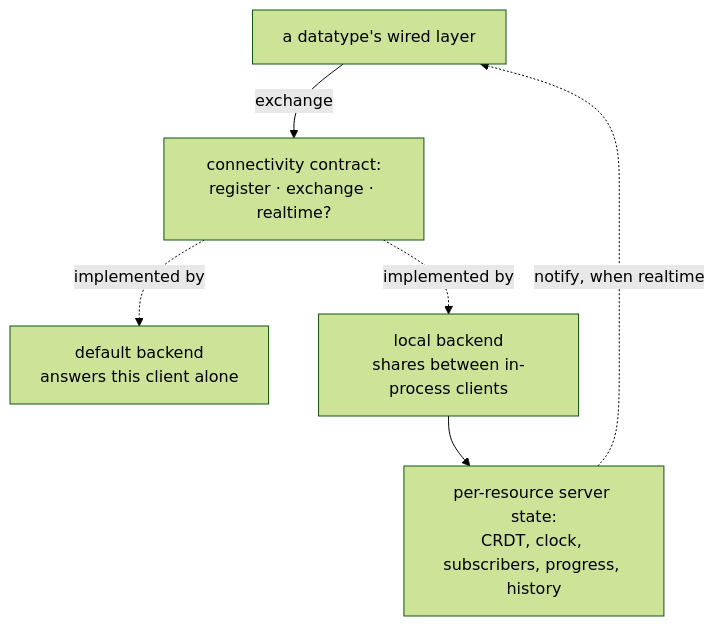
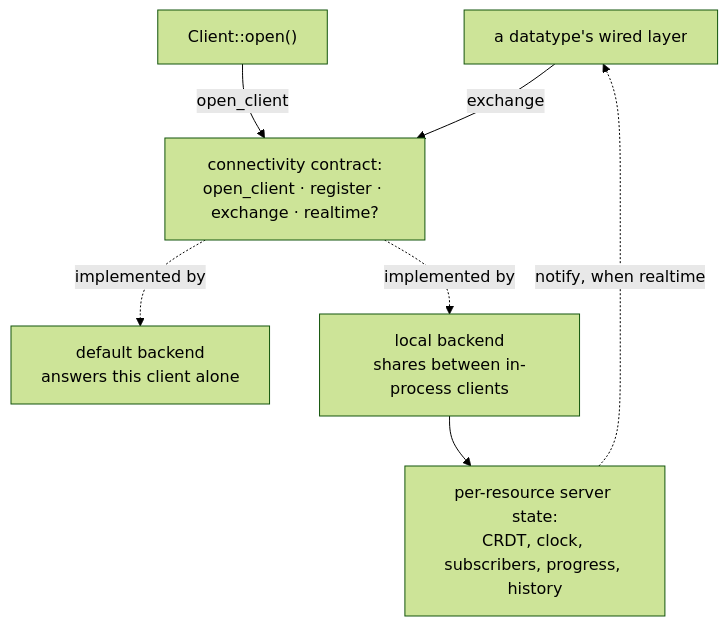
The diagram in docs/connectivity.md (qortoo/qortoo-rs), drawn with Mermaid (forest theme) before and after one commit. The commit also changed other lines of this file and 82 other files, not shown here.

````diff
--- a/docs/connectivity.md
+++ b/docs/connectivity.md
@@ -26,14 +24,16 @@
 ```mermaid
 flowchart TD
     WD["a datatype's wired layer"]
-    C["connectivity contract:<br/>register · exchange · realtime?"]
+    Client["Client::open()"]
+    C["connectivity contract:<br/>open_client · register · exchange · realtime?"]
     N["default backend<br/>answers this client alone"]
     L["local backend<br/>shares between in-process clients"]
     S["per-resource server state:<br/>CRDT, clock, subscribers, progress, history"]
 
+    Client -->|open_client| C
     WD -->|exchange| C
     C -.->|implemented by| N
     C -.->|implemented by| L
     L --> S
     S -.->|notify, when realtime| WD
 ```
````
